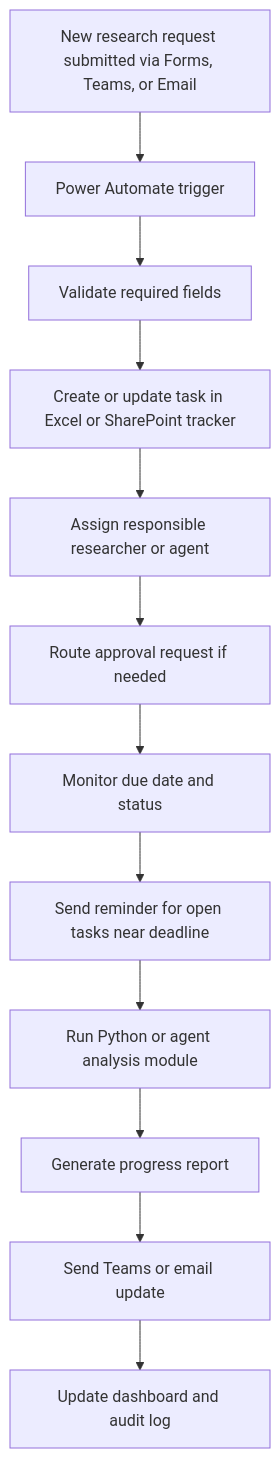
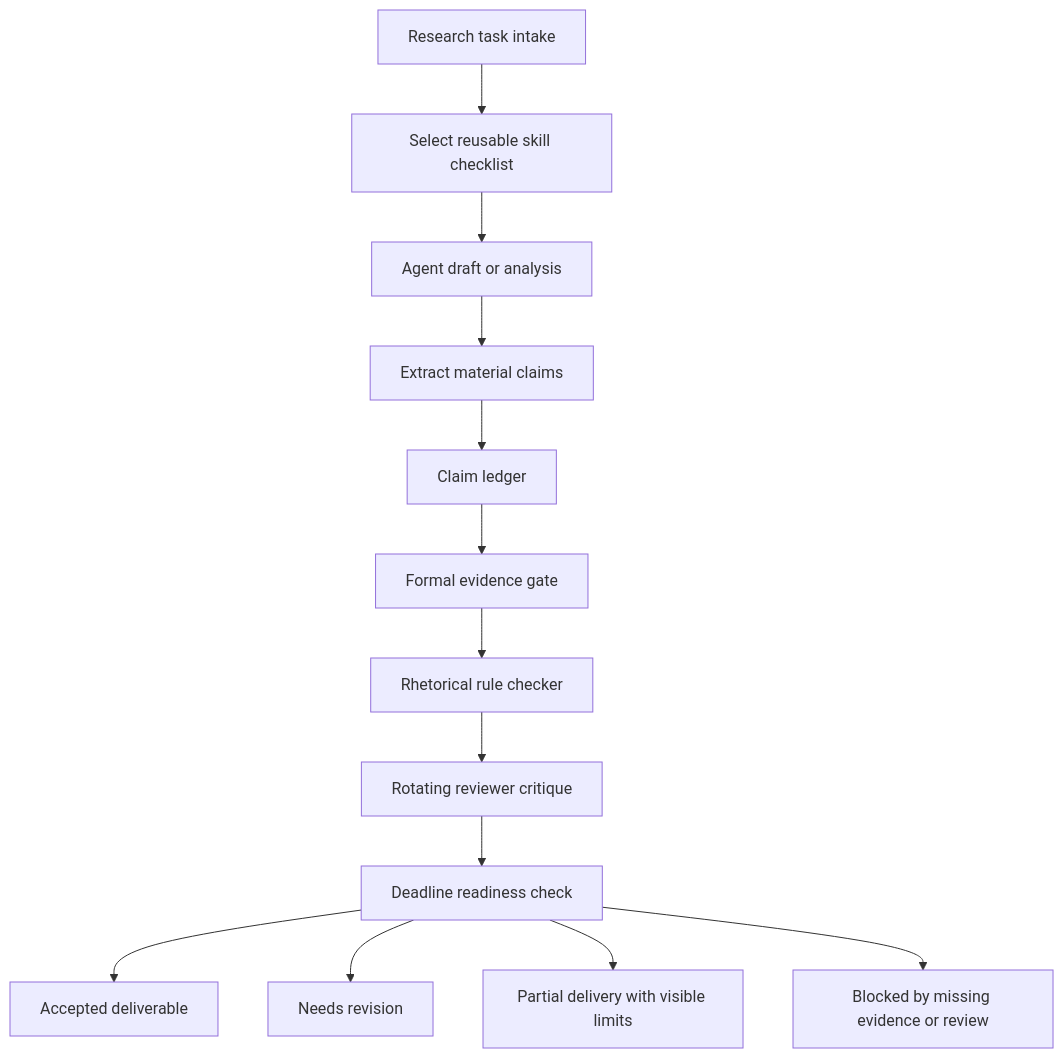
One commit to RachelNongyingLi/research-process-automation-demo-clean changed the diagram in docs/to_be_process.md. Above: the diagram before and after it, drawn with Mermaid. The commit also changed other lines of this file and 14 other files, not shown here.

Commit message:
Refocus workflow on research agent quality gates

````diff
--- a/docs/to_be_process.md
+++ b/docs/to_be_process.md
@@ -5,14 +5,15 @@
 ```mermaid
 flowchart TD
-  A["New research request submitted via Forms, Teams, or Email"] --> B["Power Automate trigger"]
-  B --> C["Validate required fields"]
-  C --> D["Create or update task in Excel or SharePoint tracker"]
-  D --> E["Assign responsible researcher or agent"]
-  E --> F["Route approval request if needed"]
-  F --> G["Monitor due date and status"]
-  G --> H["Send reminder for open tasks near deadline"]
-  H --> I["Run Python or agent analysis module"]
-  I --> J["Generate progress report"]
-  J --> K["Send Teams or email update"]
-  K --> L["Update dashboard and audit log"]
+  A["Research task intake"] --> B["Select reusable skill checklist"]
+  B --> C["Agent draft or analysis"]
+  C --> D["Extract material claims"]
+  D --> E["Claim ledger"]
+  E --> F["Formal evidence gate"]
+  F --> G["Rhetorical rule checker"]
+  G --> H["Rotating reviewer critique"]
+  H --> I["Deadline readiness check"]
+  I --> J["Accepted deliverable"]
+  I --> K["Needs revision"]
+  I --> L["Partial delivery with visible limits"]
+  I --> M["Blocked by missing evidence or review"]
 ```
````
